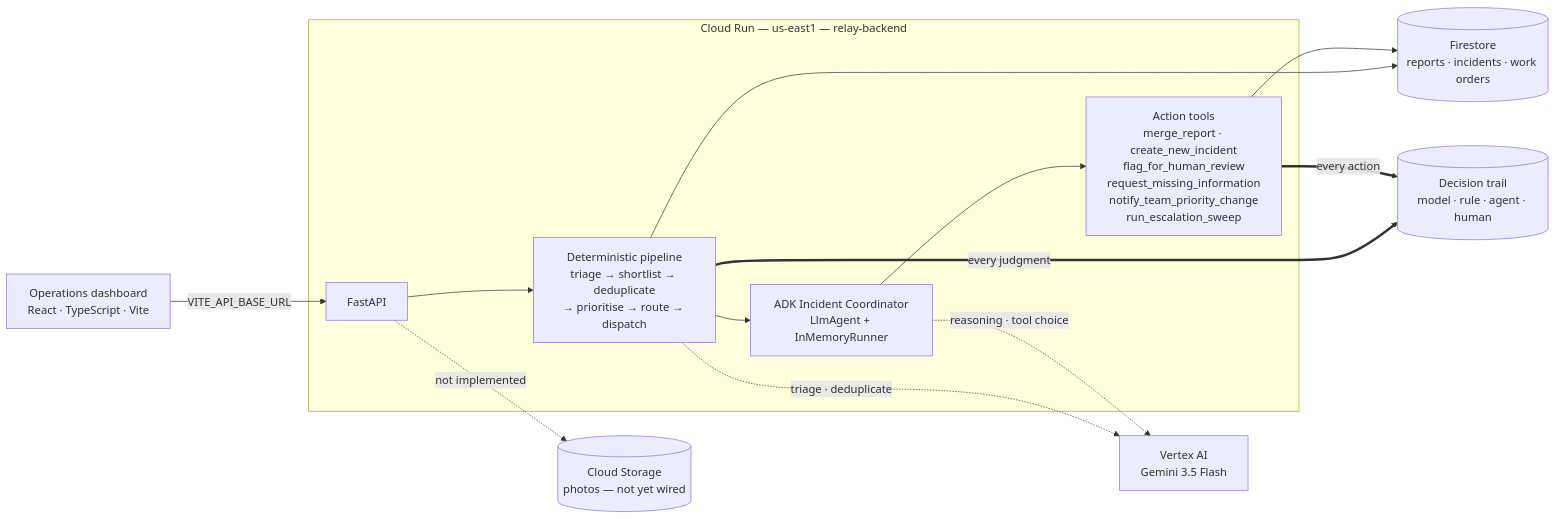
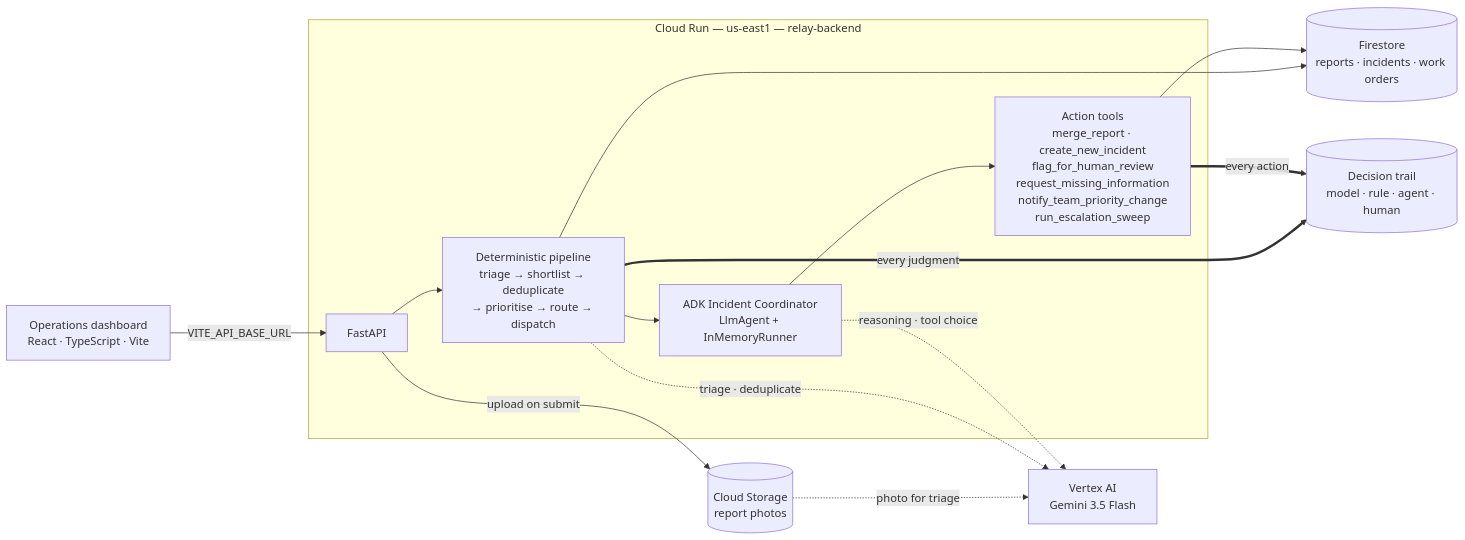
The diagram in README.md (dedeepya-g/relay-ai), drawn with Mermaid before and after one commit. The commit also changed other lines of this file, not shown here.

````diff
--- a/README.md
+++ b/README.md
@@ -150,26 +150,27 @@
 ```mermaid
 flowchart LR
     FE["Operations dashboard<br/>React · TypeScript · Vite"]
 
     subgraph CR["Cloud Run — us-east1 — relay-backend"]
       API["FastAPI"]
       PIPE["Deterministic pipeline<br/>triage → shortlist → deduplicate<br/>→ prioritise → route → dispatch"]
       COORD["ADK Incident Coordinator<br/>LlmAgent + InMemoryRunner"]
       TOOLS["Action tools<br/>merge_report · create_new_incident<br/>flag_for_human_review<br/>request_missing_information<br/>notify_team_priority_change<br/>run_escalation_sweep"]
     end
 
     GEM["Vertex AI<br/>Gemini 3.5 Flash"]
     FS[("Firestore<br/>reports · incidents · work orders")]
     TRAIL[("Decision trail<br/>model · rule · agent · human")]
-    GCS[("Cloud Storage<br/>photos — not yet wired")]
+    GCS[("Cloud Storage<br/>report photos")]
 
     FE -->|VITE_API_BASE_URL| API
     API --> PIPE --> COORD --> TOOLS
     PIPE -.->|"triage · deduplicate"| GEM
     COORD -.->|"reasoning · tool choice"| GEM
     PIPE --> FS
     TOOLS --> FS
-    API -. not implemented .-> GCS
+    API -->|upload on submit| GCS
+    GCS -.->|photo for triage| GEM
     PIPE ==>|every judgment| TRAIL
     TOOLS ==>|every action| TRAIL
 ```
````
